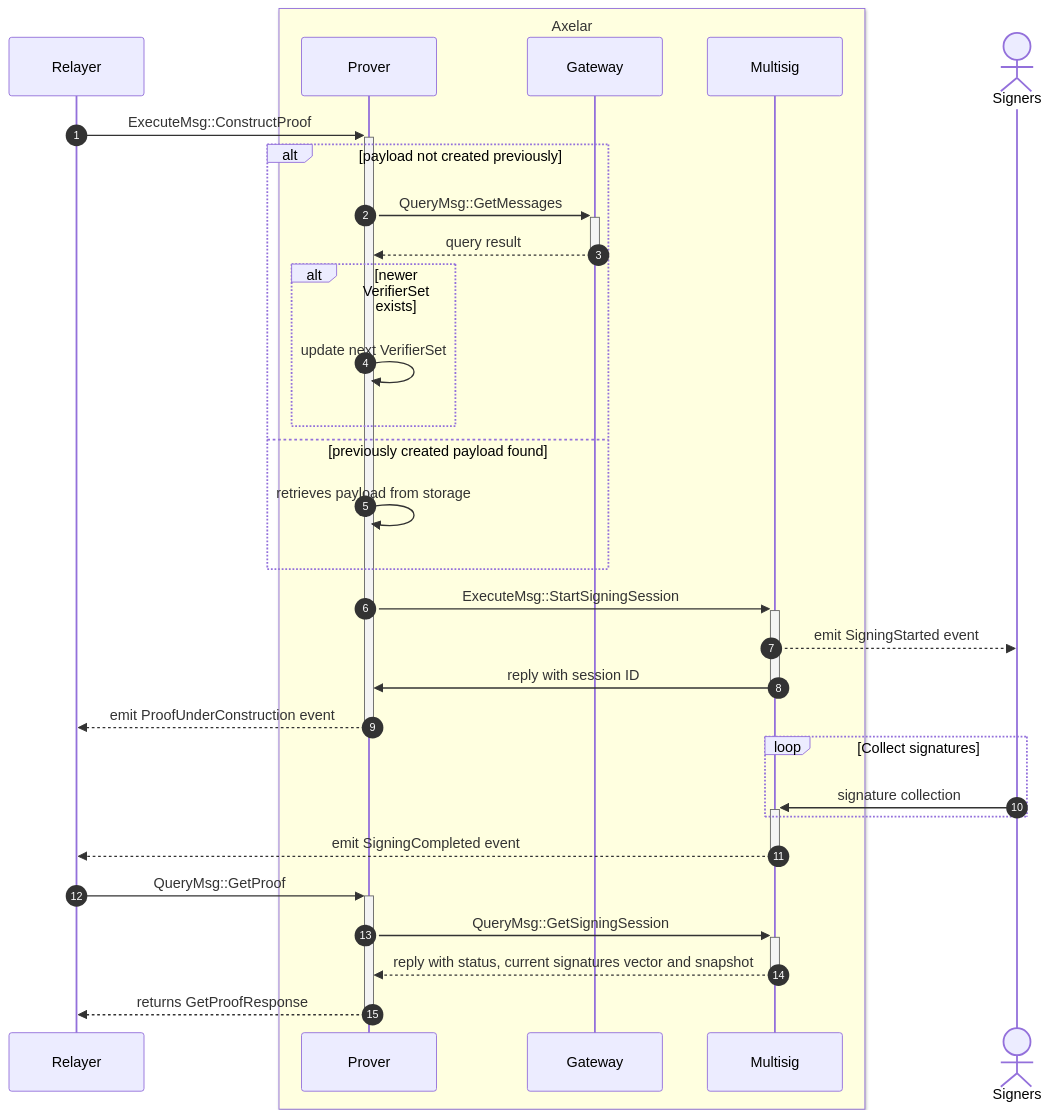
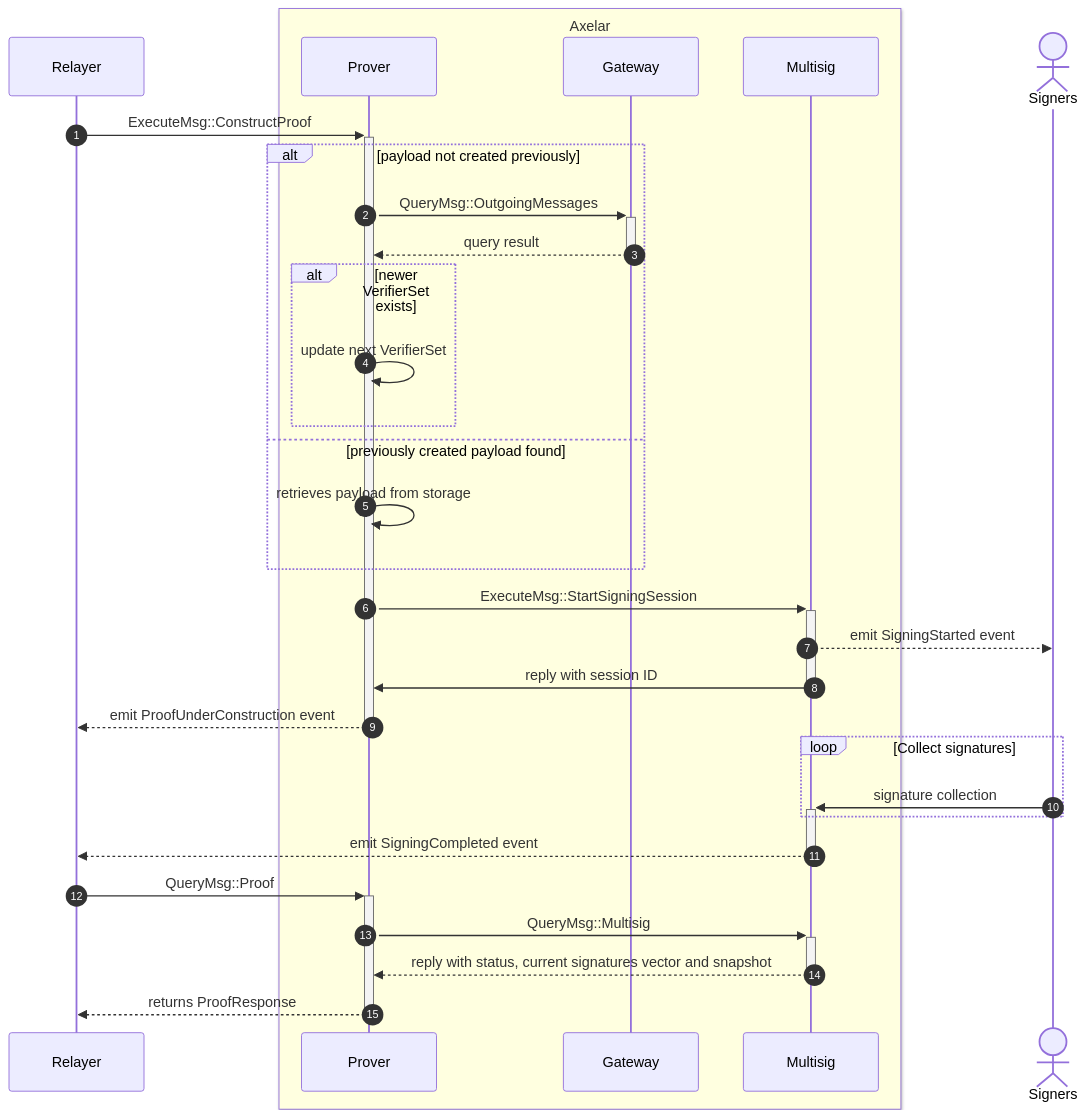
Before and after one commit to axelarnetwork/axelar-amplifier: the second of 4 diagrams in doc/src/contracts/multisig_prover.md, drawn with Mermaid. The commit also changed other lines of this file and 6 other files, not shown here.

````diff
--- a/doc/src/contracts/multisig_prover.md
+++ b/doc/src/contracts/multisig_prover.md
@@ -87,35 +94,35 @@
 ```mermaid
 sequenceDiagram
 autonumber
 participant Relayer
 box LightYellow Axelar
 participant Prover
 participant Gateway
 participant Multisig
 end
 actor Signers
 
 Relayer->>+Prover: ExecuteMsg::ConstructProof
 alt payload not created previously
-  Prover->>+Gateway: QueryMsg::GetMessages
+  Prover->>+Gateway: QueryMsg::OutgoingMessages
   Gateway-->>-Prover: query result
   alt newer VerifierSet exists
     Prover->>Prover: update next VerifierSet
   end
 else previously created payload found
   Prover->>Prover: retrieves payload from storage
 end
 Prover->>+Multisig: ExecuteMsg::StartSigningSession
 Multisig-->>Signers: emit SigningStarted event
 Multisig->>-Prover: reply with session ID
 Prover-->>Relayer: emit ProofUnderConstruction event
 deactivate Prover
 loop Collect signatures
 	Signers->>+Multisig: signature collection
 end
 Multisig-->>-Relayer: emit SigningCompleted event
-Relayer->>+Prover: QueryMsg::GetProof
-Prover->>+Multisig: QueryMsg::GetSigningSession
+Relayer->>+Prover: QueryMsg::Proof
+Prover->>+Multisig: QueryMsg::Multisig
 Multisig-->>-Prover: reply with status, current signatures vector and snapshot
-Prover-->>-Relayer: returns GetProofResponse
+Prover-->>-Relayer: returns ProofResponse
 ```
````
